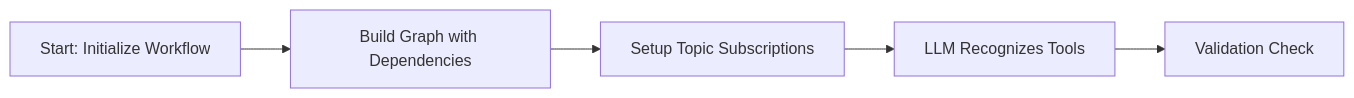
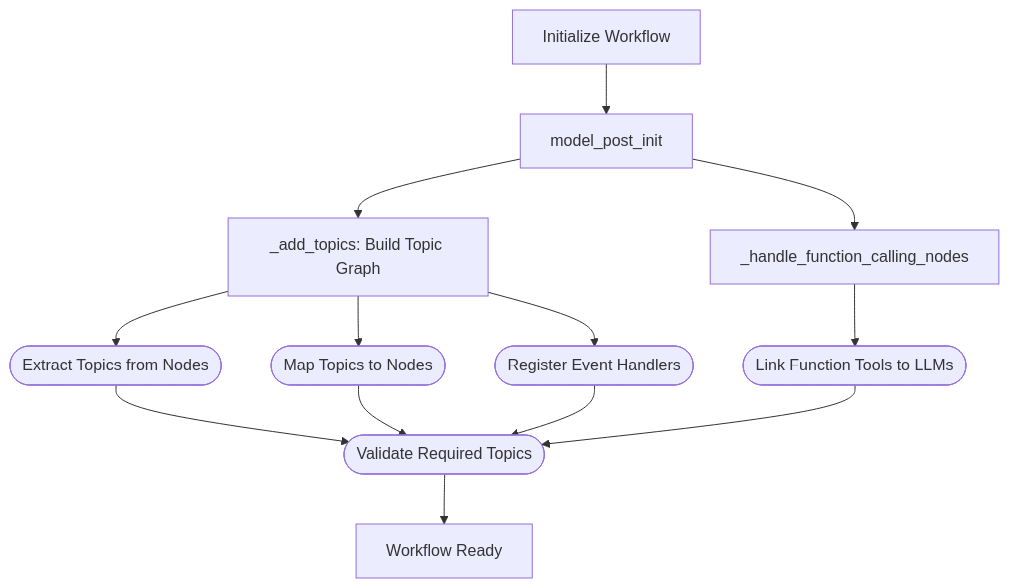
Before and after one commit to binome-dev/graphite: the second of 5 diagrams in docs/docs/user-guide/event-driven-workflow.md, drawn with Mermaid. The commit also changed other lines of this file and 27 other files, not shown here.

````diff
--- a/docs/docs/user-guide/event-driven-workflow.md
+++ b/docs/docs/user-guide/event-driven-workflow.md
@@ -47,7 +80,15 @@
 ```mermaid
-graph LR
-    A[Start: Initialize Workflow] --> B[Build Graph with Dependencies]
-    B --> C[Setup Topic Subscriptions]
-    C --> D[LLM Recognizes Tools]
-    D --> E[Validation Check]
+graph TD
+    A[Initialize Workflow] --> B[model_post_init]
+    B --> C[_add_topics: Build Topic Graph]
+    B --> D[_handle_function_calling_nodes]
+    C --> E([Extract Topics from Nodes])
+    C --> F([Map Topics to Nodes])
+    C --> G([Register Event Handlers])
+    D --> H([Link Function Tools to LLMs])
+    E --> I([Validate Required Topics])
+    F --> I
+    G --> I
+    H --> I
+    I --> J[Workflow Ready]
 ```
````
